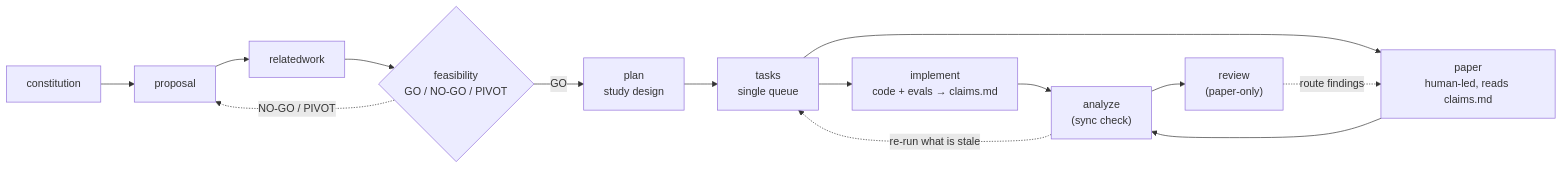
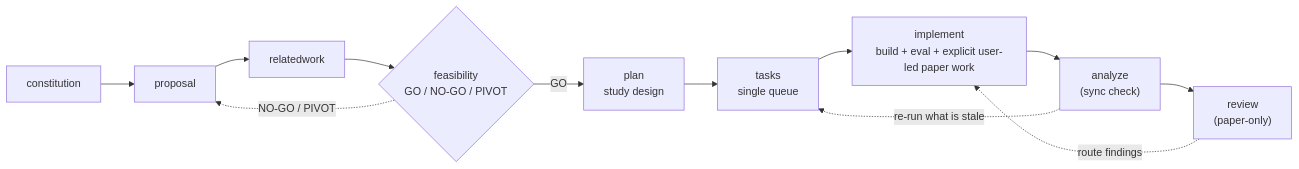
The diagram in README.md (jiancui-research/research-kit), drawn with Mermaid before and after one commit. The commit also changed other lines of this file and 22 other files, not shown here.

````diff
--- a/README.md
+++ b/README.md
@@ -40,13 +40,11 @@
 ```mermaid
 flowchart LR
     C[constitution] --> P[proposal] --> RW[relatedwork] --> F{feasibility<br/>GO / NO-GO / PIVOT}
     F -.->|NO-GO / PIVOT| P
     F -->|GO| PL["plan<br/>study design"]
     PL --> T["tasks<br/>single queue"]
-    T --> I["implement<br/>code + evals → claims.md"]
-    T --> PA["paper<br/>human-led, reads claims.md"]
+    T --> I["implement<br/>build + eval + explicit user-led paper work"]
     I --> A["analyze<br/>(sync check)"] --> R["review<br/>(paper-only)"]
-    PA --> A
     A -.->|re-run what is stale| T
-    R -.->|route findings| PA
+    R -.->|route findings| I
 ```
````
